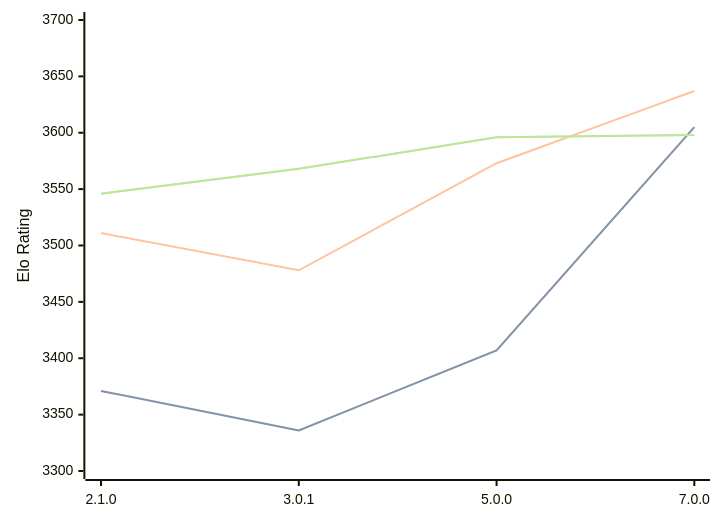
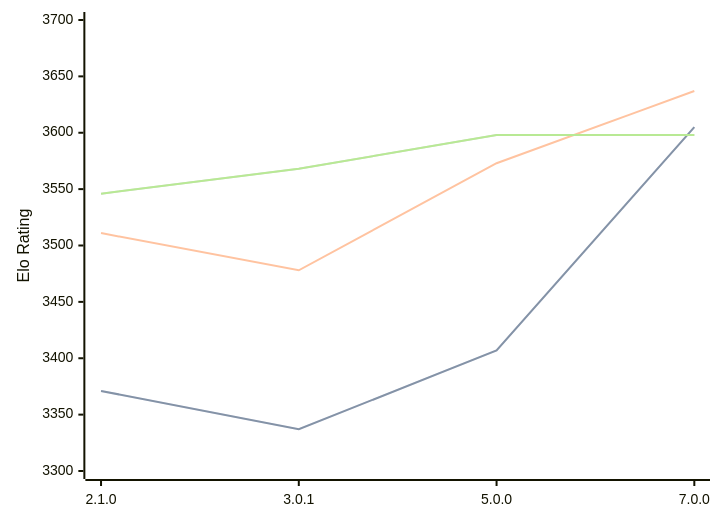
The diagram in engines/PlentyChess.md (computer-chess-index/cci), drawn with Mermaid before and after one commit. The commit also changed other lines of this file, not shown here.

Commit message:
Update CCI Ratings (ELO VLTC) - 2026-03-02

````diff
--- a/engines/PlentyChess.md
+++ b/engines/PlentyChess.md
@@ -43,11 +43,11 @@
 ```mermaid
 %%{init: {"theme":"base","themeVariables":{"seriesColors:['#a3a3a3','#222221','#faa371']}}}%%
 xychart-beta
   x-axis ["2.1.0", "3.0.1", "5.0.0", "7.0.0"]
   y-axis "Elo Rating" 3300 --> 3700
-  line "STC (8.0+0.08s)" [3371, 3336, 3407, 3605]
-  line "STC (8.0+0.08s)" [3371, 3336, 3407, 3605]
+  line "STC (8.0+0.08s)" [3371, 3337, 3407, 3605]
+  line "STC (8.0+0.08s)" [3371, 3337, 3407, 3605]
   line "LTC (60.0+0.60s)" [3511, 3478, 3573, 3637]
-  line "VLTC (2m24s+1.12s)" [3546, 3568, 3596, 3598]
-  line "VLTC (2m24s+1.12s)" [3546, 3568, 3596, 3598]
+  line "VLTC (2m24s+1.12s)" [3546, 3568, 3598, 3598]
+  line "VLTC (2m24s+1.12s)" [3546, 3568, 3598, 3598]
 ```
````
